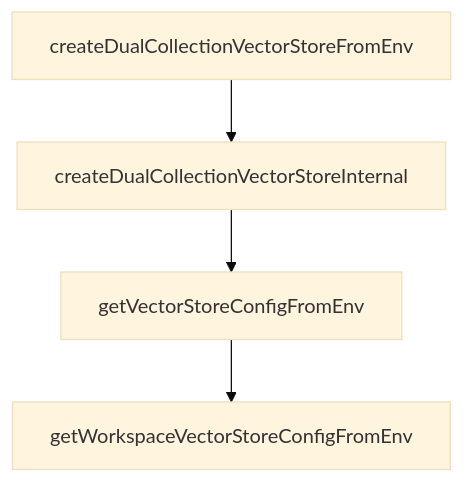
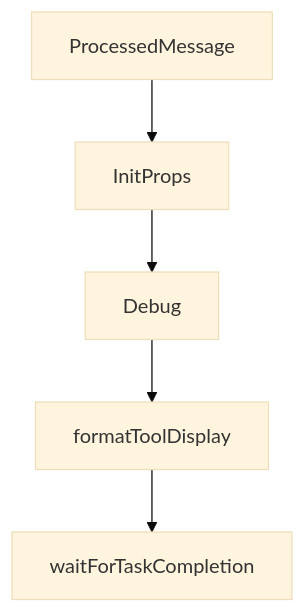
One commit to johnxie/awesome-code-docs changed the diagram in tutorials/cipher-tutorial/03-memory-architecture-and-data-model.md. Above: the diagram before and after it, drawn with Mermaid (base theme). The commit also changed other lines of this file and 1232 other files, not shown here.

````diff
--- a/tutorials/cipher-tutorial/03-memory-architecture-and-data-model.md
+++ b/tutorials/cipher-tutorial/03-memory-architecture-and-data-model.md
@@ -206,10 +204,12 @@
 ```mermaid
 flowchart TD
-    A[createDualCollectionVectorStoreFromEnv]
-    B[createDualCollectionVectorStoreInternal]
-    C[getVectorStoreConfigFromEnv]
-    D[getWorkspaceVectorStoreConfigFromEnv]
+    A[ProcessedMessage]
+    B[InitProps]
+    C[Debug]
+    D[formatToolDisplay]
+    E[waitForTaskCompletion]
     A --> B
     B --> C
     C --> D
+    D --> E
 ```
````
